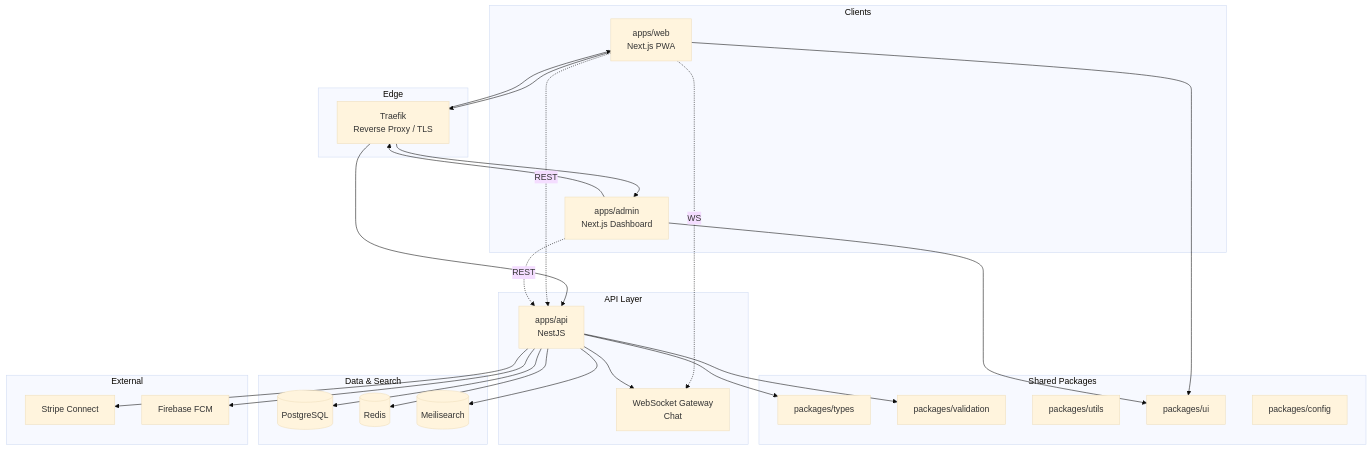
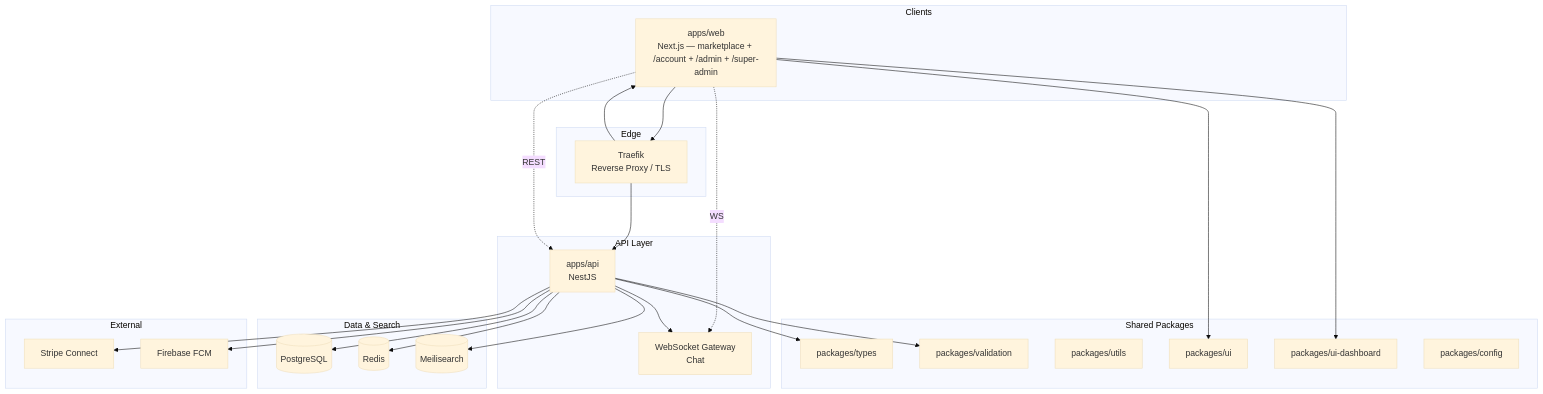
The diagram in docs/architecture/system-overview.md (golpochat/community-marketplace), drawn with Mermaid (base theme) before and after one commit. The commit also changed other lines of this file and 64 other files, not shown here.

````diff
--- a/docs/architecture/system-overview.md
+++ b/docs/architecture/system-overview.md
@@ -9,54 +9,51 @@
 ```mermaid
 flowchart TB
     subgraph Clients
-        WEB[apps/web<br/>Next.js PWA]
-        ADMIN[apps/admin<br/>Next.js Dashboard]
+        WEB[apps/web<br/>Next.js — marketplace + /account + /admin + /super-admin]
     end
 
     subgraph Edge
         TRAEFIK[Traefik<br/>Reverse Proxy / TLS]
     end
 
     subgraph API Layer
         API[apps/api<br/>NestJS]
         WS[WebSocket Gateway<br/>Chat]
     end
 
     subgraph Shared Packages
         TYPES[packages/types]
         VAL[packages/validation]
         UTILS[packages/utils]
         UI[packages/ui]
+        UID[packages/ui-dashboard]
         CFG[packages/config]
     end
 
     subgraph Data & Search
         PG[(PostgreSQL)]
         REDIS[(Redis)]
         MEILI[(Meilisearch)]
     end
 
     subgraph External
         STRIPE[Stripe Connect]
         FCM[Firebase FCM]
     end
 
     WEB --> TRAEFIK
-    ADMIN --> TRAEFIK
     TRAEFIK --> WEB
-    TRAEFIK --> ADMIN
     TRAEFIK --> API
     WEB -. REST .-> API
-    ADMIN -. REST .-> API
     WEB -. WS .-> WS
     API --> WS
     API --> PG
     API --> REDIS
     API --> MEILI
     API --> STRIPE
     API --> FCM
     API --> TYPES
     API --> VAL
     WEB --> UI
-    ADMIN --> UI
+    WEB --> UID
 ```
````
